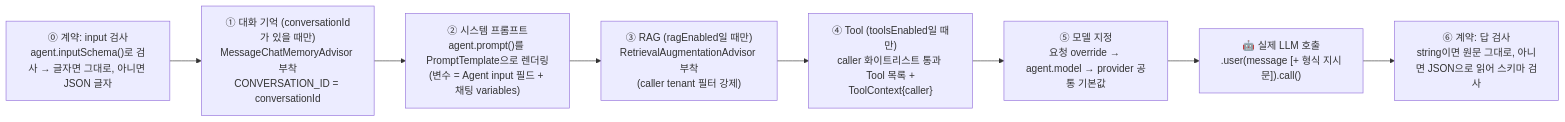
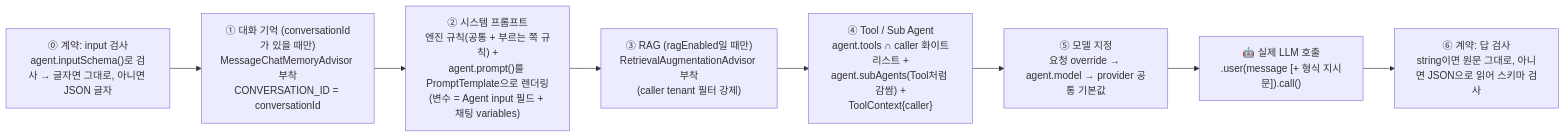
One commit to YongSoekChoeng/dstone changed the eighth of 10 diagrams in docs/09.dstone-ai-engine.md. Above: the diagram before and after it, drawn with Mermaid. The commit also changed other lines of this file and 44 other files, not shown here.

````diff
--- a/docs/09.dstone-ai-engine.md
+++ b/docs/09.dstone-ai-engine.md
@@ -778,11 +786,11 @@
 ```mermaid
 flowchart LR
     S0["⓪ 계약: input 검사\nagent.inputSchema()로 검사 → 글자면 그대로, 아니면 JSON 글자"] --> S1
     S1["① 대화 기억 (conversationId가 있을 때만)\nMessageChatMemoryAdvisor 부착\nCONVERSATION_ID = conversationId"] --> S2
-    S2["② 시스템 프롬프트\nagent.prompt()를 PromptTemplate으로 렌더링\n(변수 = Agent input 필드 + 채팅 variables)"] --> S3
+    S2["② 시스템 프롬프트\n엔진 규칙(공통 + 부르는 쪽 규칙) +\nagent.prompt()를 PromptTemplate으로 렌더링\n(변수 = Agent input 필드 + 채팅 variables)"] --> S3
     S3["③ RAG (ragEnabled일 때만)\nRetrievalAugmentationAdvisor 부착\n(caller tenant 필터 강제)"] --> S4
-    S4["④ Tool (toolsEnabled일 때만)\ncaller 화이트리스트 통과 Tool 목록 +\nToolContext{caller}"] --> S5
+    S4["④ Tool / Sub Agent\nagent.tools ∩ caller 화이트리스트 +\nagent.subAgents(Tool처럼 감쌈) +\nToolContext{caller}"] --> S5
     S5["⑤ 모델 지정\n요청 override → agent.model → provider 공통 기본값"] --> LLM
     LLM["🤖 실제 LLM 호출\n.user(message [+ 형식 지시문]).call()"] --> S6
     S6["⑥ 계약: 답 검사\nstring이면 원문 그대로, 아니면 JSON으로 읽어 스키마 검사"]
 ```
````
